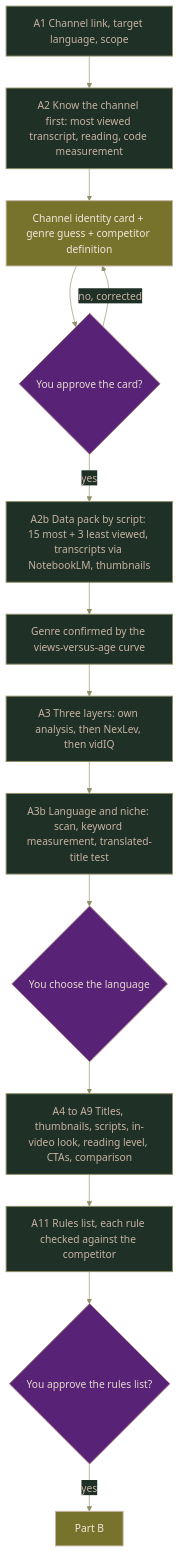
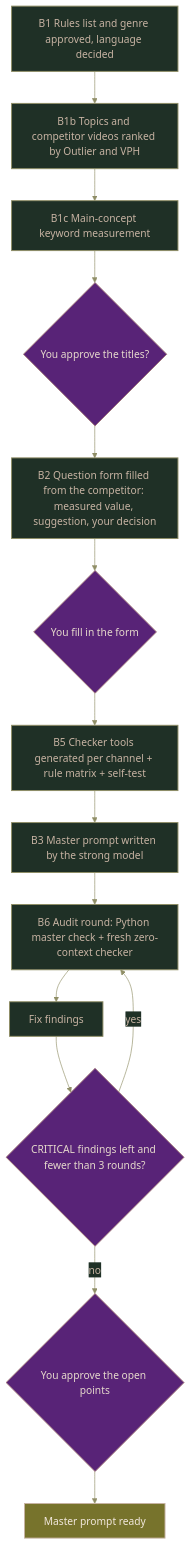
One commit to jenny-gecglr/youtube-automation-competitor-analysis changed the second of 3 diagrams in _mermaid_test.md. Above: the diagram before and after it, drawn with Mermaid. The commit also changed other lines of this file, not shown here.

Commit message:
tmp mermaid test 2

````diff
--- a/_mermaid_test.md
+++ b/_mermaid_test.md
@@ -58,24 +36,23 @@
 ```mermaid
 %%{init: {"theme":"base","themeVariables":{"fontFamily":"Georgia, serif","primaryColor":"#1F3026","primaryTextColor":"#C7B3A3","primaryBorderColor":"#8F8E66","lineColor":"#8F8E66","tertiaryTextColor":"#C7B3A3","edgeLabelBackground":"#1F3026"}}}%%
 flowchart TD
-    A1["A1 Channel link, target language, scope"] --> A2["A2 Know the channel first: most viewed transcript, reading, code measurement"]
-    A2 --> CARD["Channel identity card + genre guess + competitor definition"]
-    CARD --> G1{"You approve the card?"}
-    G1 -- "no, corrected" --> CARD
-    G1 -- "yes" --> A2B["A2b Data pack by script: 15 most + 3 least viewed, transcripts via NotebookLM, thumbnails"]
-    A2B --> CURVE["Genre confirmed by the views-versus-age curve"]
-    CURVE --> A3["A3 Three layers: own analysis, then NexLev, then vidIQ"]
-    A3 --> LANG["A3b Language and niche: scan, keyword measurement, translated-title test"]
-    LANG --> G2{"You choose the language"}
-    G2 --> DEEP["A4 to A9 Titles, thumbnails, scripts, in-video look, reading level, CTAs, comparison"]
-    DEEP --> RULES["A11 Rules list, each rule checked against the competitor"]
-    RULES --> G3{"You approve the rules list?"}
-    G3 -- "yes" --> PART_B["Part B"]
-    classDef base fill:#1F3026,stroke:#8F8E66,color:#C7B3A3,stroke-width:1.5px
-    classDef gate fill:#582377,stroke:#A3787B,color:#E6D9CC,stroke-width:1.5px
-    classDef tool fill:#C7B3A3,stroke:#8F8E66,color:#1D0C15,stroke-width:1.5px
-    classDef out fill:#77732C,stroke:#C7B3A3,color:#F2E8DD,stroke-width:1.5px
-    class A1,A2,A2B,CURVE,A3,LANG,DEEP,RULES base
-    class G1,G2,G3 gate
-    class CARD,PART_B out
+    B1["B1 Rules list and genre approved, language decided"] --> B1B["B1b Topics and competitor videos ranked by Outlier and VPH"]
+    B1B --> B1C["B1c Main-concept keyword measurement"]
+    B1C --> G4{"You approve the titles?"}
+    G4 --> B2["B2 Question form filled from the competitor: measured value, suggestion, your decision"]
+    B2 --> G5{"You fill in the form"}
+    G5 --> B5["B5 Checker tools generated per channel + rule matrix + self-test"]
+    B5 --> B3["B3 Master prompt written by the strong model"]
+    B3 --> R["B6 Audit round: Python master check + fresh zero-context checker"]
+    R --> FIX["Fix findings"]
+    FIX --> R2{"CRITICAL findings left and fewer than 3 rounds?"}
+    R2 -- "yes" --> R
+    R2 -- "no" --> G6{"You approve the open points"}
+    G6 --> M["Master prompt ready"]
+    classDef cBase fill:#1F3026,stroke:#8F8E66,color:#C7B3A3,stroke-width:1.5px
+    classDef cGate fill:#582377,stroke:#A3787B,color:#E6D9CC,stroke-width:1.5px
+    classDef cOut fill:#77732C,stroke:#C7B3A3,color:#F2E8DD,stroke-width:1.5px
+    class B1,B1B,B1C,B2,B5,B3,R,FIX cBase
+    class G4,G5,R2,G6 cGate
+    class M cOut
 ```
````
